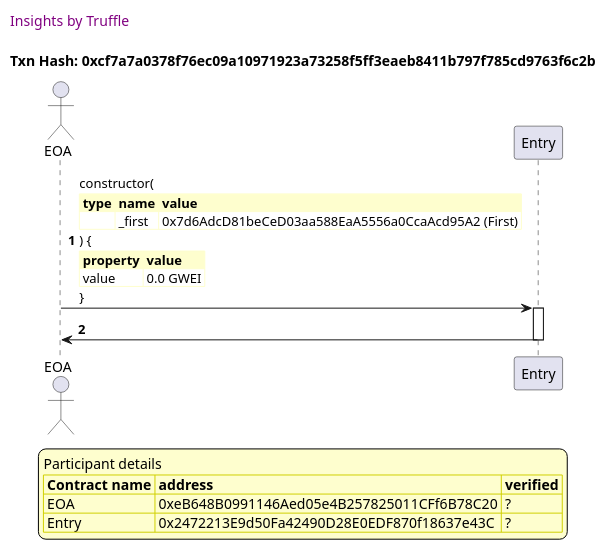
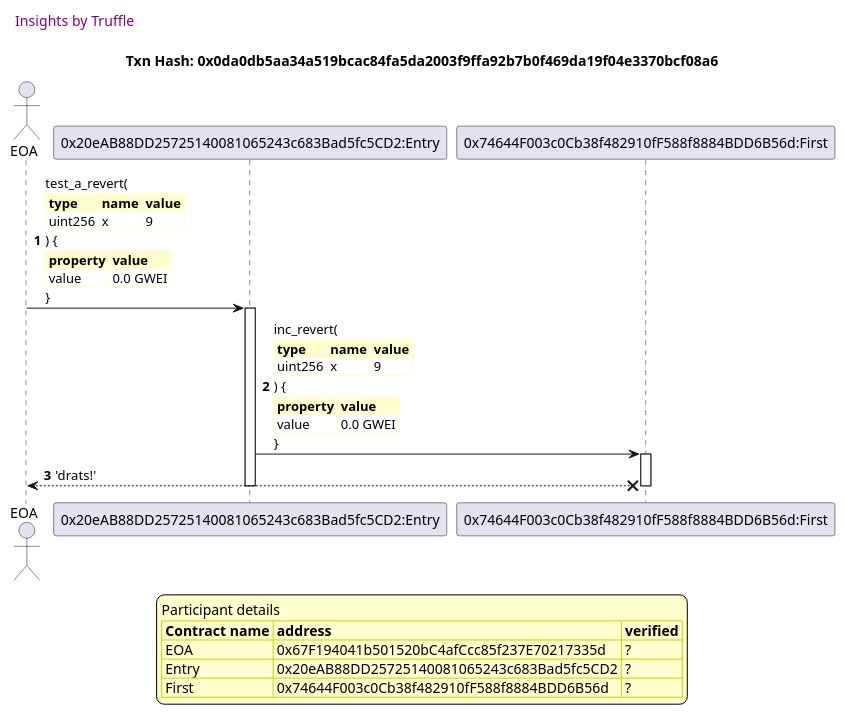
One commit to trufflesuite/txlog-seedlings changed the third of 4 diagrams in truffle-seq/basics.md. Above: the diagram before and after it, drawn with PlantUML. The commit also changed other lines of this file and 3 other files, not shown here.

````diff
--- a/truffle-seq/basics.md
+++ b/truffle-seq/basics.md
@@ -118,48 +229,61 @@
 ```plantuml
 
 
 @startuml
 
 autonumber
 skinparam legendBackgroundColor #FEFECE
 
 <style>
       header {
         HorizontalAlignment left
         FontColor purple
         FontSize 14
         Padding 10
       }
     </style>
 
 header Insights by Truffle
 
-title Txn Hash: 0xcf7a7a0378f76ec09a10971923a73258f5ff3eaeb8411b797f785cd9763f6c2b
+title Txn Hash: 0x0da0db5aa34a519bcac84fa5da2003f9ffa92b7b0f469da19f04e3370bcf08a6
 
 
 actor EOA as "EOA"
 
-participant Entry as "Entry"
+participant Entry as "0x20eAB88DD25725140081065243c683Bad5fc5CD2:Entry"
 
-"EOA" -> "Entry" ++: constructor(\n\
+participant First as "0x74644F003c0Cb38f482910fF588f8884BDD6B56d:First"
+
+"EOA" -> "Entry" ++: test_a_revert(\n\
 <#FEFECE,#FEFECE>|= type |= name |= value |\n\
-|  | _first | 0x7d6AdcD81beCeD03aa588EaA5556a0CcaAcd95A2 (First) |\n\
+| uint256 | x | 9 |\n\
 ) {\n\
 <#FEFECE,#FEFECE>|= property |= value|\n\
 | value | 0.0 GWEI |\n\
 }
 
-"Entry" -> "EOA" --: 
+"Entry" -> "First" ++: inc_revert(\n\
+<#FEFECE,#FEFECE>|= type |= name |= value |\n\
+| uint256 | x | 9 |\n\
+) {\n\
+<#FEFECE,#FEFECE>|= property |= value|\n\
+| value | 0.0 GWEI |\n\
+}
 
+"First" x--> "EOA" : 'drats!'
+
+deactivate "First"
+deactivate "Entry"
 
 
 legend
 Participant details
 <#FEFECE,#D0D000>|= Contract name |= address |= verified |
-<#FEFECE>| EOA | 0xeB648B0991146Aed05e4B257825011CFf6B78C20 | ? |
-<#FEFECE>| Entry | 0x2472213E9d50Fa42490D28E0EDF870f18637e43C | ? |
+<#FEFECE>| EOA | 0x67F194041b501520bC4afCcc85f237E70217335d | ? |
+<#FEFECE>| Entry | 0x20eAB88DD25725140081065243c683Bad5fc5CD2 | ? |
+<#FEFECE>| First | 0x74644F003c0Cb38f482910fF588f8884BDD6B56d | ? |
 endlegend
 
 
 @enduml
 ```
````
